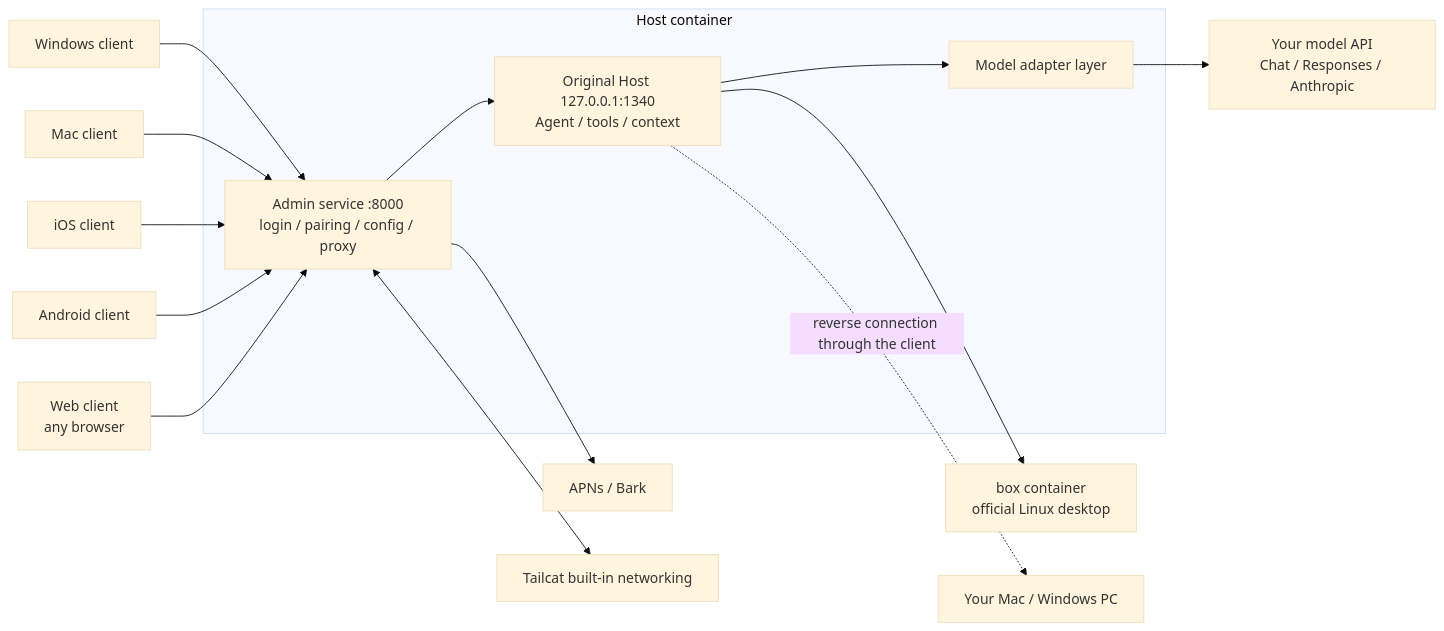
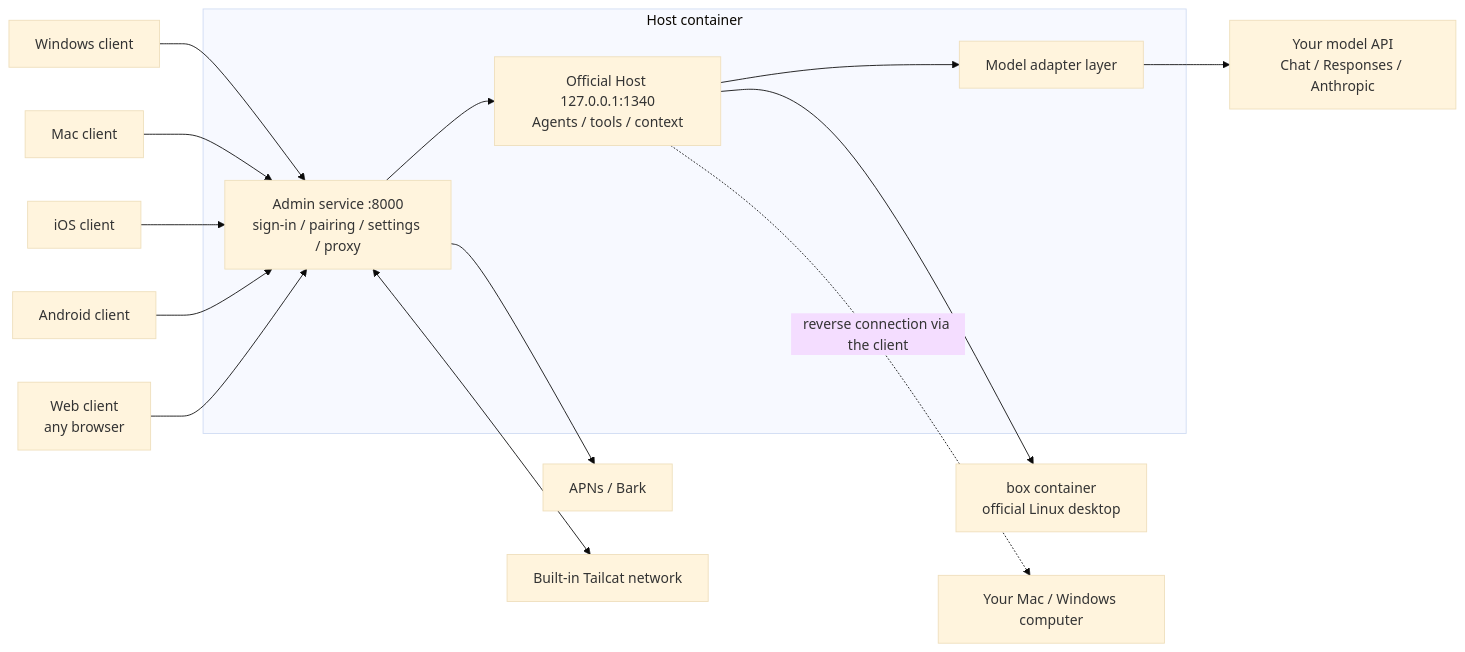
Before and after one commit to RyanLu99/prokbot-plus: the diagram in docs/ARCHITECTURE.en.md, drawn with Mermaid (base theme). The commit also changed other lines of this file and 32 other files, not shown here.

````diff
--- a/docs/ARCHITECTURE.en.md
+++ b/docs/ARCHITECTURE.en.md
@@ -17,17 +15,17 @@
 ```mermaid
 flowchart LR
   Win[Windows client] --> Admin
   Mac[Mac client] --> Admin
   iOS[iOS client] --> Admin
   And[Android client] --> Admin
   Web[Web client<br/>any browser] --> Admin
   subgraph Host container
-    Admin[Admin service :8000<br/>login / pairing / config / proxy] --> Core[Original Host 127.0.0.1:1340<br/>Agent / tools / context]
+    Admin[Admin service :8000<br/>sign-in / pairing / settings / proxy] --> Core[Official Host 127.0.0.1:1340<br/>Agents / tools / context]
     Core --> Adapter[Model adapter layer]
   end
   Adapter --> Model[Your model API<br/>Chat / Responses / Anthropic]
   Core --> Box[box container<br/>official Linux desktop]
-  Core -.reverse connection through the client.-> PC[Your Mac / Windows PC]
+  Core -.reverse connection via the client.-> PC[Your Mac / Windows computer]
   Admin --> Push[APNs / Bark]
-  Admin <--> Tailcat[Tailcat built-in networking]
+  Admin <--> Tailcat[Built-in Tailcat network]
 ```
````
